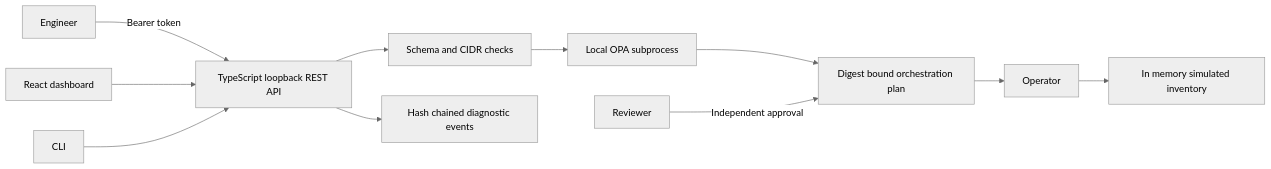
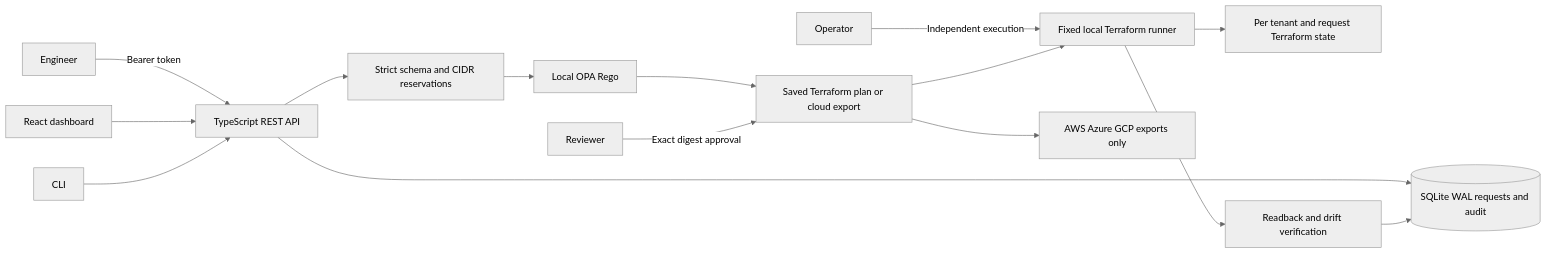
Before and after one commit to jayekwere/infraforge: the first of 3 diagrams in docs/architecture.md, drawn with Mermaid (neutral theme). The commit also changed other lines of this file and 54 other files, not shown here.

Commit message:
Implement durable Terraform lifecycle, independent teardown and validated cloud exports

````diff
--- a/docs/architecture.md
+++ b/docs/architecture.md
@@ -3,13 +3,17 @@
 ```mermaid
 flowchart LR
-  Engineer -->|Bearer token| API[TypeScript loopback REST API]
+  Engineer -->|Bearer token| API[TypeScript REST API]
   Dashboard[React dashboard] --> API
   CLI --> API
-  API --> Validation[Schema and CIDR checks]
-  Validation --> OPA[Local OPA subprocess]
-  OPA --> Plan[Digest bound orchestration plan]
-  Reviewer -->|Independent approval| Plan
-  Plan --> Operator
-  Operator --> Inventory[In memory simulated inventory]
-  API --> Audit[Hash chained diagnostic events]
+  API --> Validation[Strict schema and CIDR reservations]
+  Validation --> OPA[Local OPA Rego]
+  OPA --> Plan[Saved Terraform plan or cloud export]
+  Reviewer -->|Exact digest approval| Plan
+  Operator -->|Independent execution| Runner[Fixed local Terraform runner]
+  Plan --> Runner
+  Runner --> State[Per tenant and request Terraform state]
+  API --> DB[(SQLite WAL requests and audit)]
+  Runner --> Readback[Readback and drift verification]
+  Readback --> DB
+  Plan --> Exports[AWS Azure GCP exports only]
 ```
````
